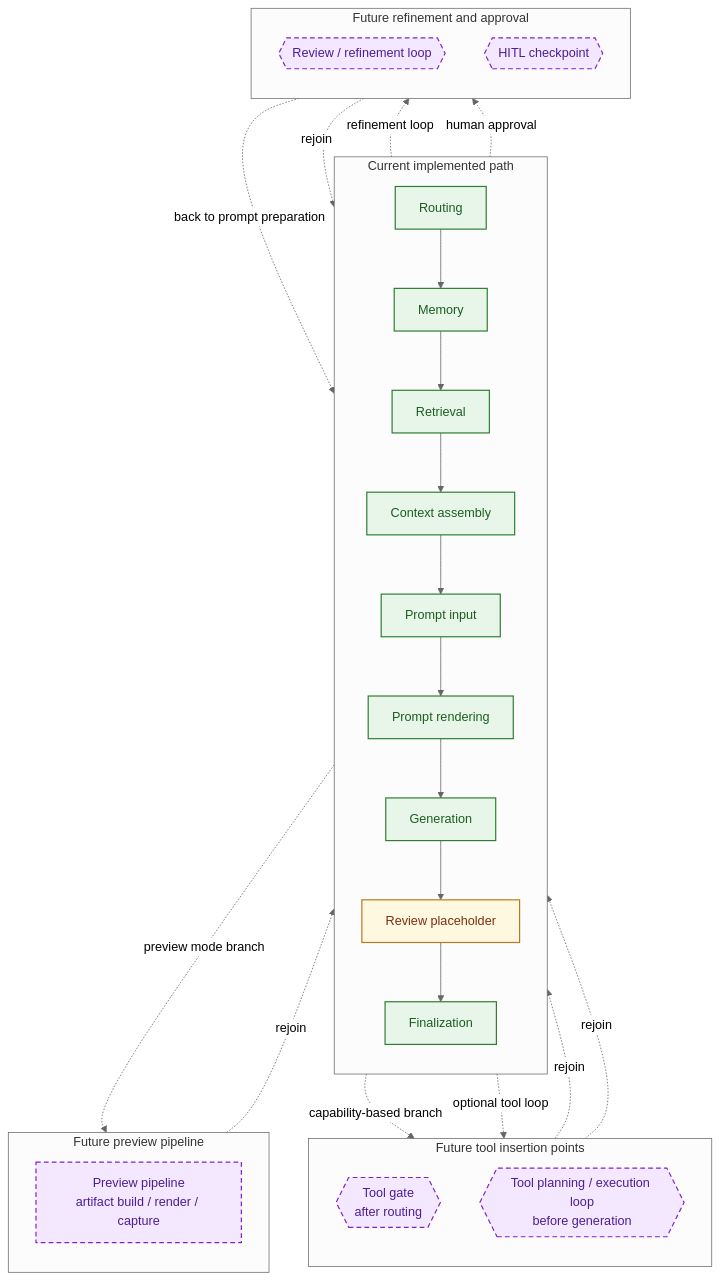
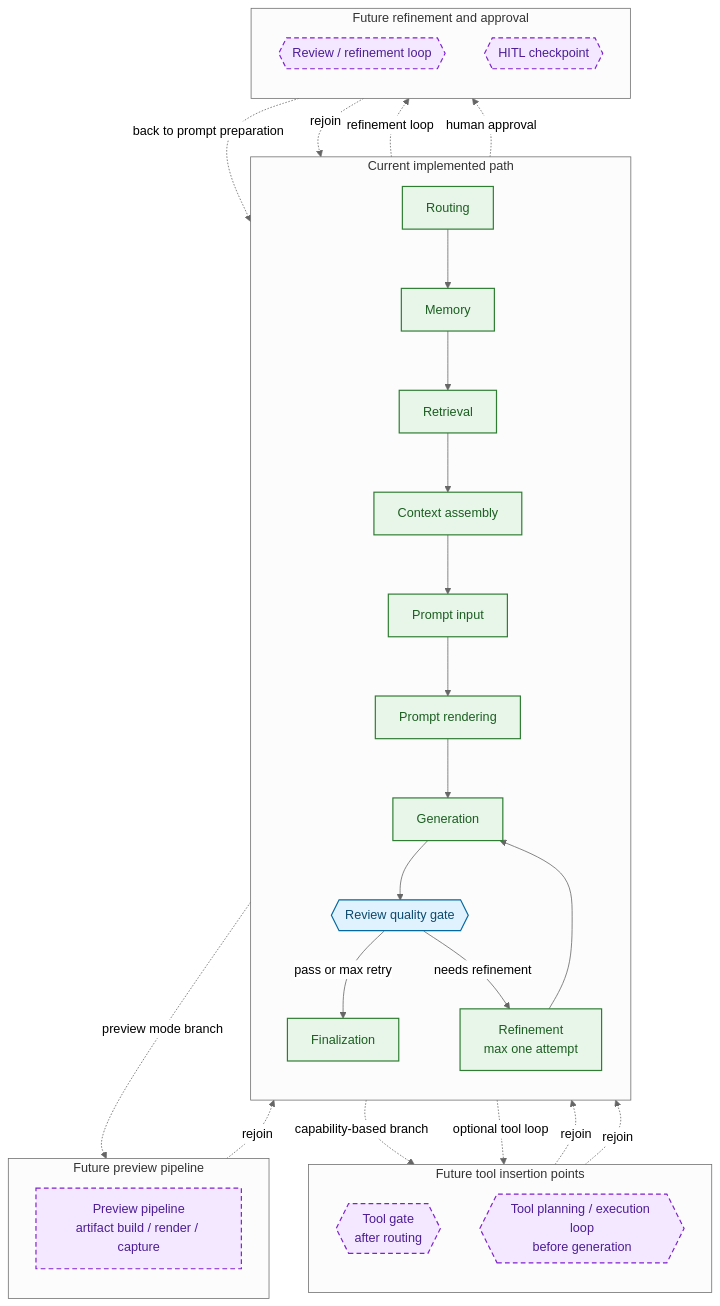
Before and after one commit to lmguerrini/creative-coding-assistant: the third of 3 diagrams in docs/workflow_graph.md, drawn with Mermaid (neutral theme). The commit also changed other lines of this file and 9 other files, not shown here.

First line of the commit message:
Add workflow review refinement path

````diff
--- a/docs/workflow_graph.md
+++ b/docs/workflow_graph.md
@@ -193,52 +203,55 @@
 ```mermaid
 flowchart TB
     classDef implemented fill:#E8F5E9,stroke:#2E7D32,color:#1B5E20,stroke-width:1.5px;
-    classDef placeholder fill:#FFF8E1,stroke:#B7791F,color:#7C2D12,stroke-width:1.5px;
+    classDef gate fill:#E0F2FE,stroke:#0369A1,color:#0C4A6E,stroke-width:1.5px;
     classDef future fill:#F3E8FF,stroke:#7E22CE,color:#4C1D95,stroke-width:1.5px,stroke-dasharray: 6 4;
 
     subgraph current_path["Current implemented path"]
         direction TB
         routing["Routing"]
         memory["Memory"]
         retrieval["Retrieval"]
         context_assembly["Context assembly"]
         prompt_input["Prompt input"]
         prompt_rendering["Prompt rendering"]
         generation["Generation"]
-        review["Review placeholder"]
+        review{{"Review quality gate"}}
+        refinement["Refinement<br/>max one attempt"]
         finalization["Finalization"]
-        routing --> memory --> retrieval --> context_assembly --> prompt_input --> prompt_rendering --> generation --> review --> finalization
+        routing --> memory --> retrieval --> context_assembly --> prompt_input --> prompt_rendering --> generation --> review
+        review -->|"pass or max retry"| finalization
+        review -->|"needs refinement"| refinement --> generation
     end
 
     subgraph future_tools["Future tool insertion points"]
         direction TB
         tool_gate{{Tool gate<br/>after routing}}
         tool_loop{{Tool planning / execution loop<br/>before generation}}
     end
 
     subgraph future_preview["Future preview pipeline"]
         direction TB
         preview["Preview pipeline<br/>artifact build / render / capture"]
     end
 
     subgraph future_refinement["Future refinement and approval"]
         direction TB
         retry{{Review / refinement loop}}
         hitl{{HITL checkpoint}}
     end
 
     routing -. capability-based branch .-> tool_gate
     tool_gate -. rejoin .-> memory
     prompt_rendering -. optional tool loop .-> tool_loop
     tool_loop -. rejoin .-> generation
     generation -. preview mode branch .-> preview
     preview -. rejoin .-> review
     review -. refinement loop .-> retry
     retry -. back to prompt preparation .-> prompt_input
     review -. human approval .-> hitl
     hitl -. rejoin .-> finalization
 
-    class routing,memory,retrieval,context_assembly,prompt_input,prompt_rendering,generation,finalization implemented
-    class review placeholder
+    class routing,memory,retrieval,context_assembly,prompt_input,prompt_rendering,generation,refinement,finalization implemented
+    class review gate
     class tool_gate,tool_loop,preview,retry,hitl future
 ```
````
